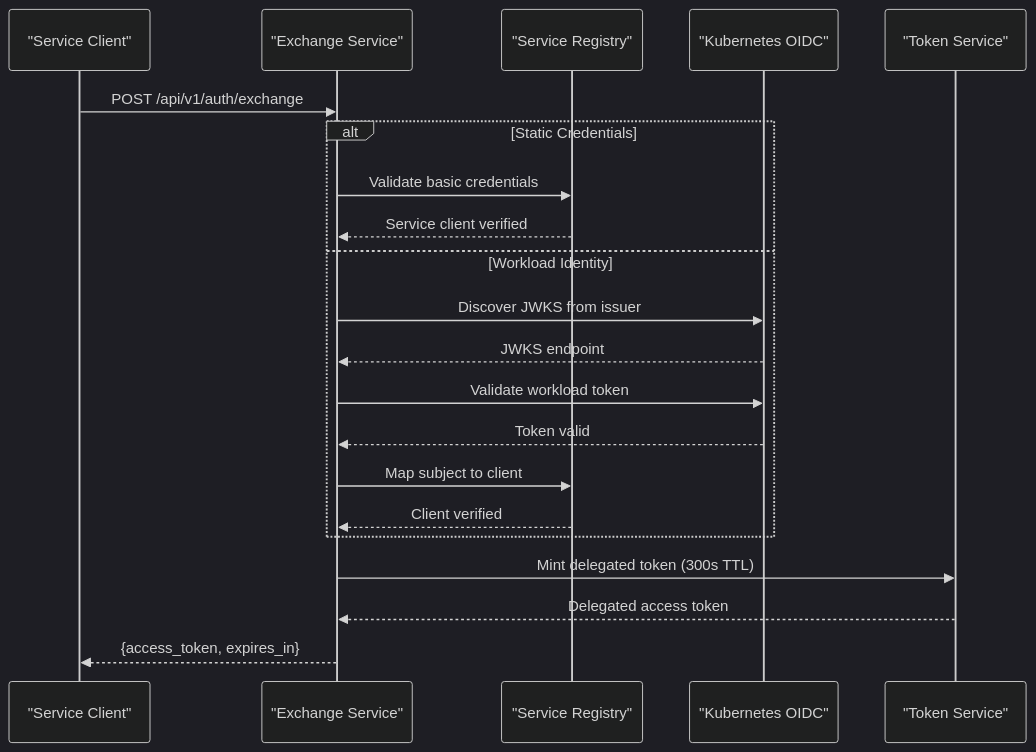
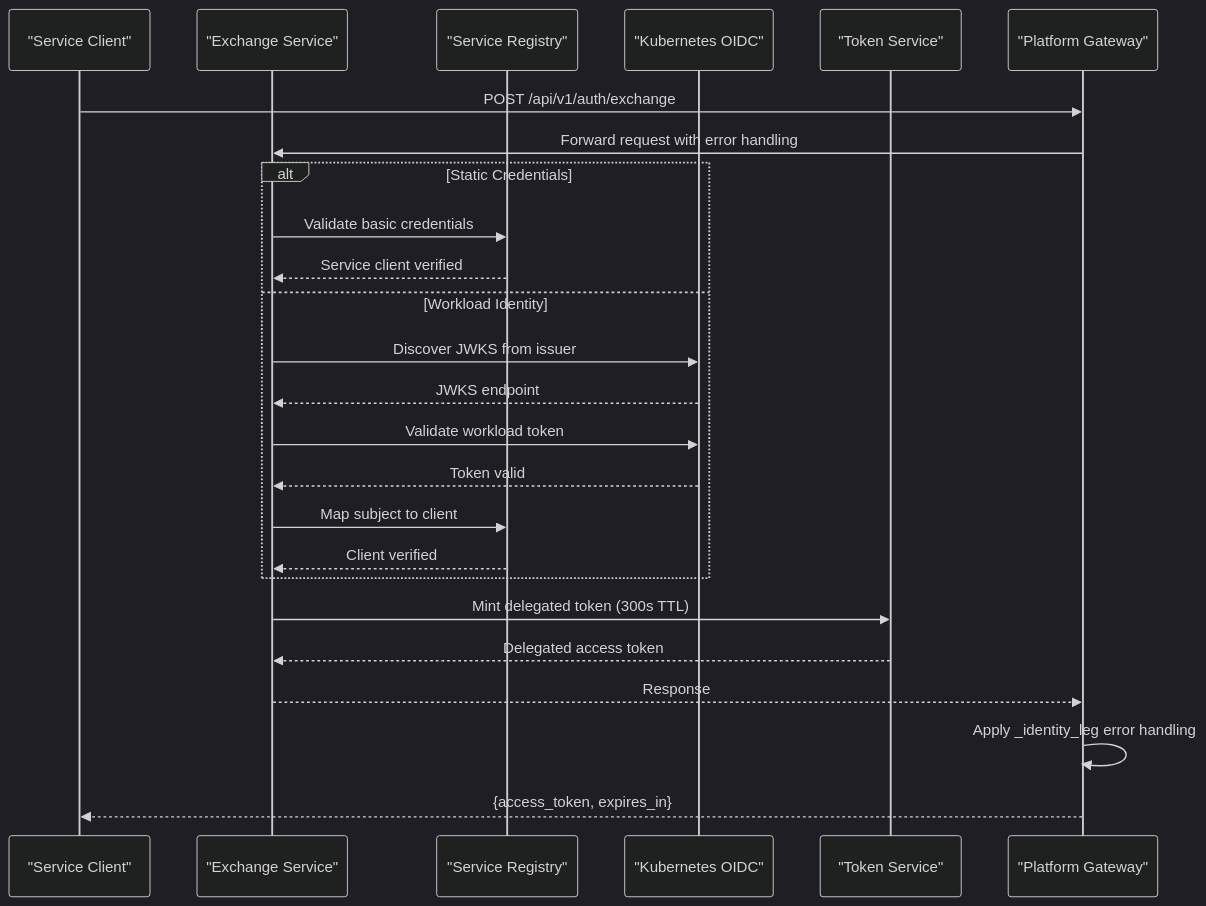
The seventh of 10 diagrams in .qoder/repowiki/en/content/Identity Broker Service/Identity Broker Service.md (metasync/luban-aiops), drawn with Mermaid (dark theme) before and after one commit. The commit also changed other lines of this file and 5 other files, not shown here.

````diff
--- a/.qoder/repowiki/en/content/Identity Broker Service/Identity Broker Service.md
+++ b/.qoder/repowiki/en/content/Identity Broker Service/Identity Broker Service.md
@@ -496,23 +497,27 @@
 ```mermaid
 sequenceDiagram
 participant Service as "Service Client"
 participant Exchange as "Exchange Service"
 participant Registry as "Service Registry"
 participant K8S as "Kubernetes OIDC"
 participant Token as "Token Service"
-Service->>Exchange : POST /api/v1/auth/exchange
+participant Gateway as "Platform Gateway"
+Service->>Gateway : POST /api/v1/auth/exchange
+Gateway->>Exchange : Forward request with error handling
 alt Static Credentials
 Exchange->>Registry : Validate basic credentials
 Registry-->>Exchange : Service client verified
 else Workload Identity
 Exchange->>K8S : Discover JWKS from issuer
 K8S-->>Exchange : JWKS endpoint
 Exchange->>K8S : Validate workload token
 K8S-->>Exchange : Token valid
 Exchange->>Registry : Map subject to client
 Registry-->>Exchange : Client verified
 end
 Exchange->>Token : Mint delegated token (300s TTL)
 Token-->>Exchange : Delegated access token
-Exchange-->>Service : {access_token, expires_in}
+Exchange-->>Gateway : Response
+Gateway->>Gateway : Apply _identity_leg error handling
+Gateway-->>Service : {access_token, expires_in}
 ```
````
